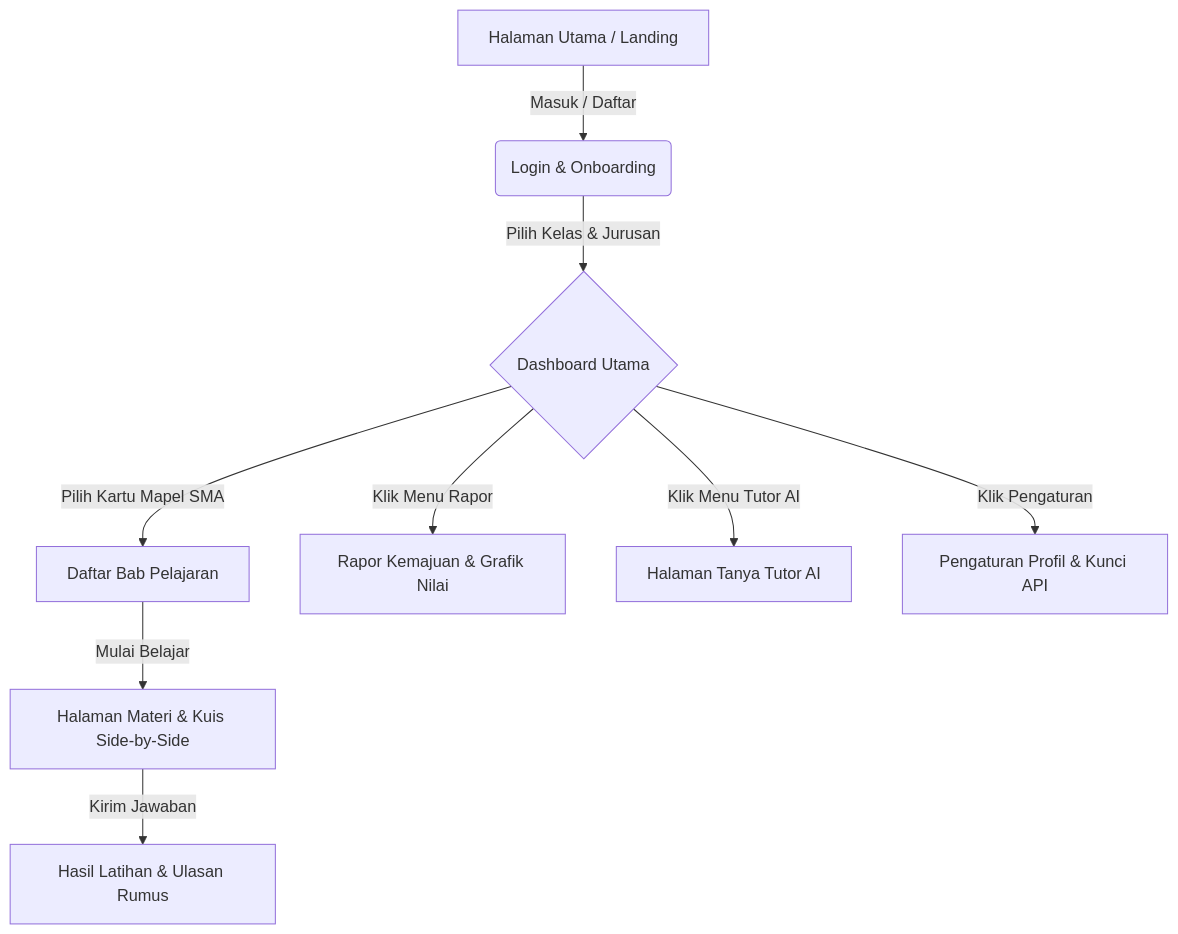
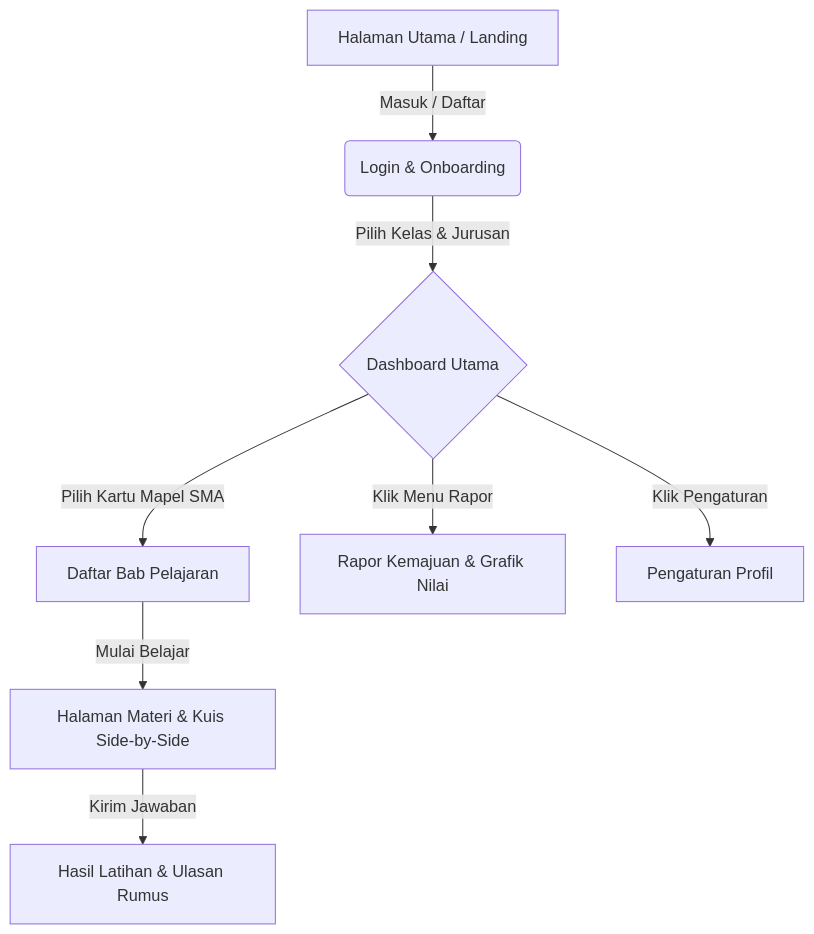
Before and after one commit to kobayashikaitoo/Project-Akhir-IMK: the diagram in README.md, drawn with Mermaid. The commit also changed other lines of this file, not shown here.

````diff
--- a/README.md
+++ b/README.md
@@ -31,13 +31,12 @@
 ```mermaid
 graph TD
     A[Halaman Utama / Landing] -->|Masuk / Daftar| B(Login & Onboarding)
     B -->|Pilih Kelas & Jurusan| C{Dashboard Utama}
     
     C -->|Pilih Kartu Mapel SMA| D[Daftar Bab Pelajaran]
     D -->|Mulai Belajar| E[Halaman Materi & Kuis Side-by-Side]
     E -->|Kirim Jawaban| F[Hasil Latihan & Ulasan Rumus]
     
     C -->|Klik Menu Rapor| G[Rapor Kemajuan & Grafik Nilai]
-    C -->|Klik Menu Tutor AI| H[Halaman Tanya Tutor AI]
-    C -->|Klik Pengaturan| I[Pengaturan Profil & Kunci API]
+    C -->|Klik Pengaturan| I[Pengaturan Profil]
 ```
````
